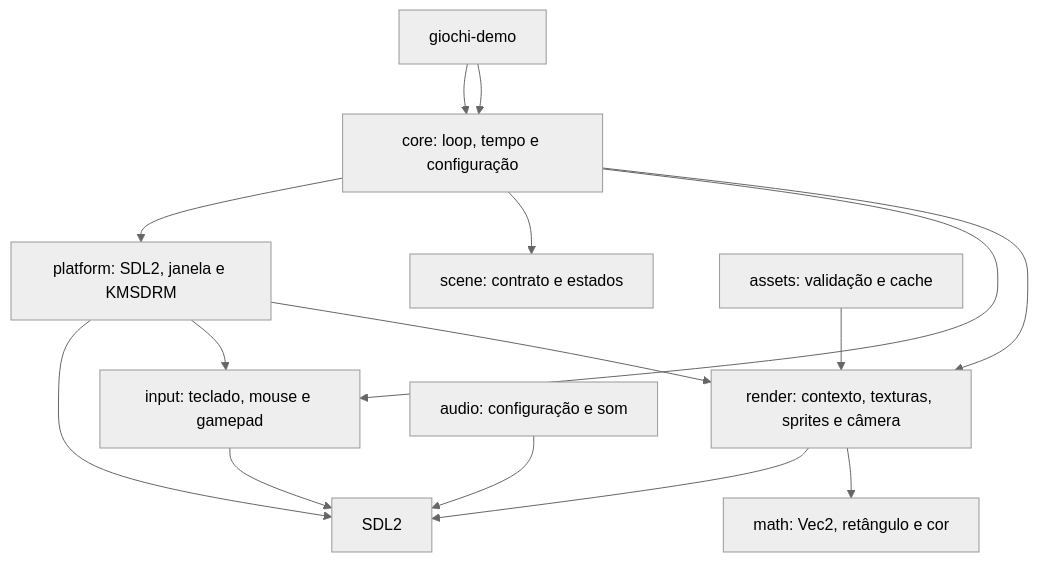
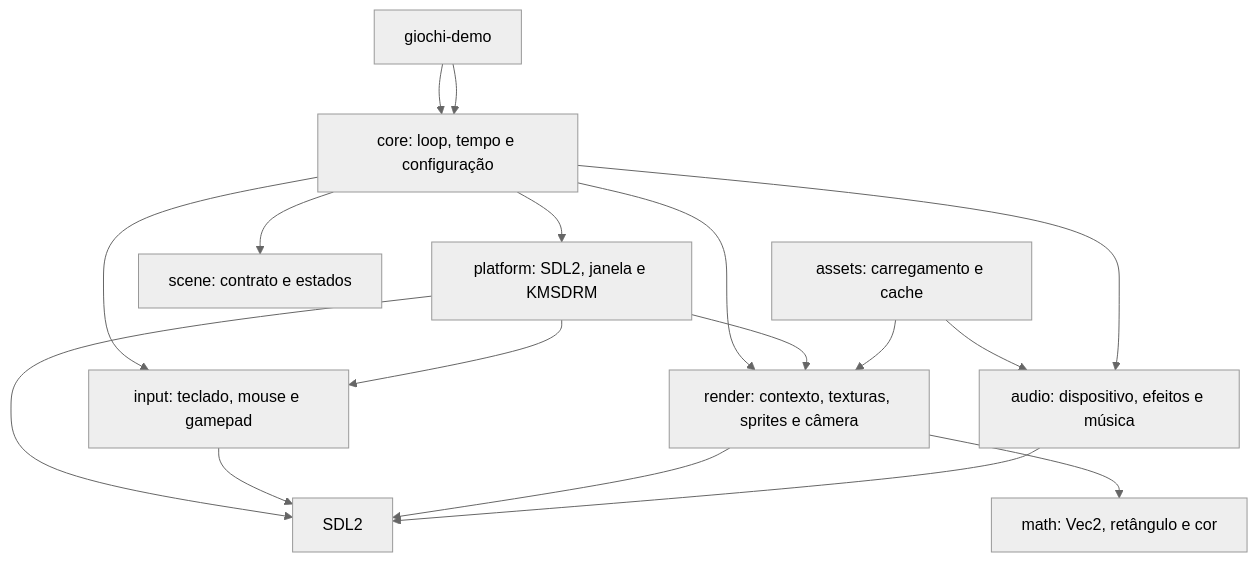
One commit to xtrempkch-droid/GIOCHI-ENGINE changed the diagram in docs/ARCHITECTURE.md. Above: the diagram before and after it, drawn with Mermaid (neutral theme). The commit also changed other lines of this file and 13 other files, not shown here.

First line of the commit message:
feat(phase-4): implement asset cache and audio system

````diff
--- a/docs/ARCHITECTURE.md
+++ b/docs/ARCHITECTURE.md
@@ -5,17 +5,19 @@
 ```mermaid
 flowchart TD
     Demo[exemplo SDL2 / consumidor] --> Core[core: loop, tempo e configuração]
     Demo[giochi-demo] --> Core
     Core --> Platform[platform: SDL2, janela e KMSDRM]
     Platform --> SDL[SDL2]
     Core --> Scene[scene: contrato e estados]
     Core --> Input[input: teclado, mouse e gamepad]
     Core --> Render[render: contexto, texturas, sprites e câmera]
     Platform --> Input
     Platform --> Render
     Input --> SDL
     Render --> SDL
     Render --> Math[math: Vec2, retângulo e cor]
-    Assets[assets: validação e cache] --> Render
-    Audio[audio: configuração e som] --> SDL
+    Assets[assets: carregamento e cache] --> Render
+    Assets --> Audio
+    Core --> Audio[audio: dispositivo, efeitos e música]
+    Audio --> SDL
 ```
````
